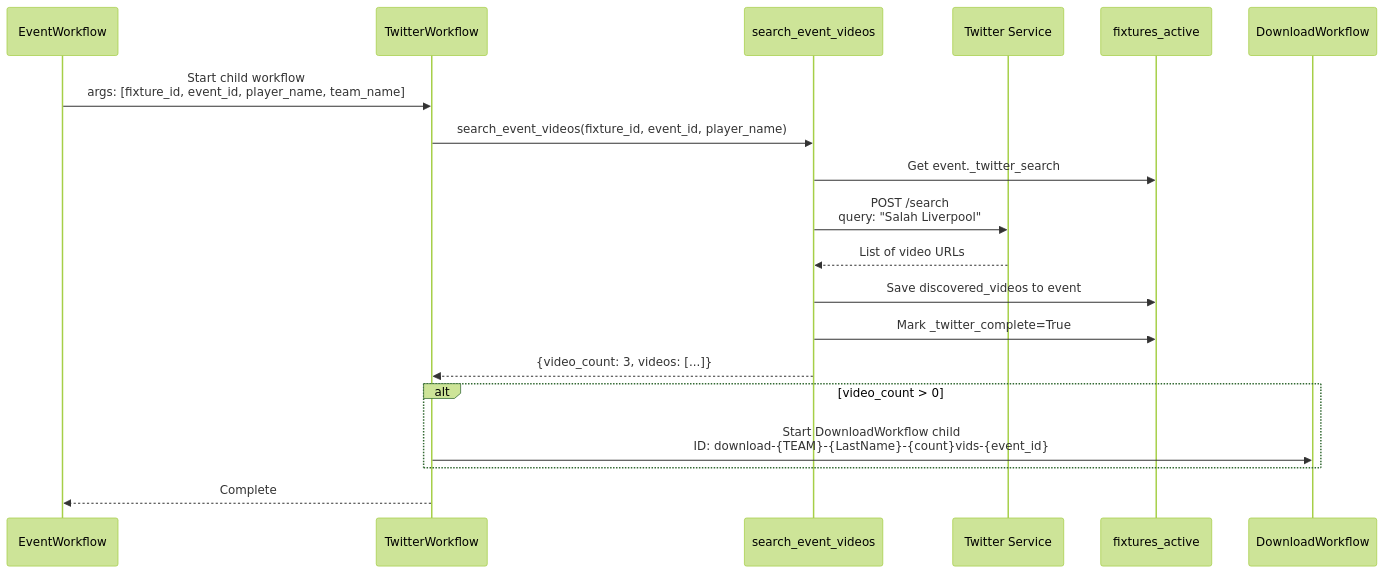
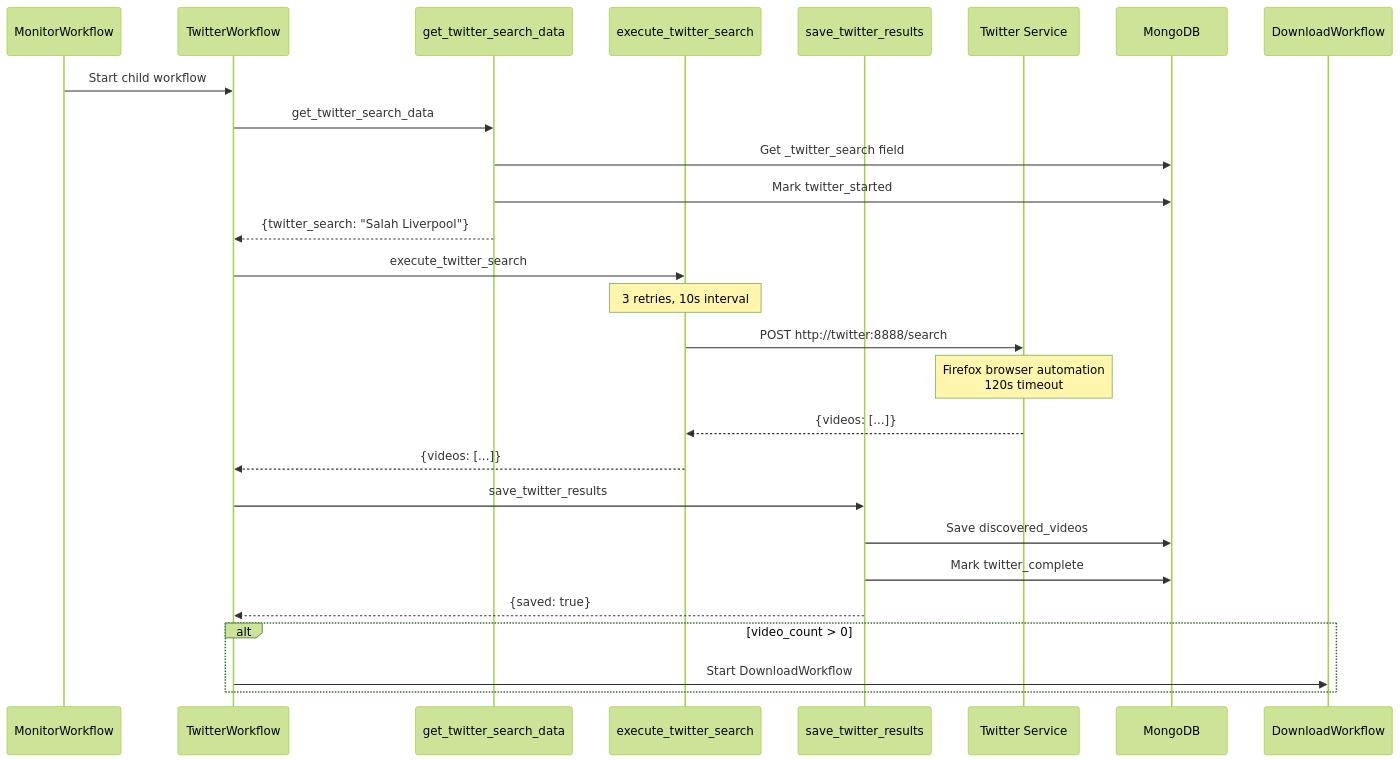
One commit to vedantadhobley/found-footy changed the fifth of 6 diagrams in TEMPORAL_WORKFLOWS.md. Above: the diagram before and after it, drawn with Mermaid (forest theme). The commit also changed other lines of this file and 32 other files, not shown here.

Commit message:
Twitter overhaul and first attempt at complete Temporal migration

````diff
--- a/TEMPORAL_WORKFLOWS.md
+++ b/TEMPORAL_WORKFLOWS.md
@@ -532,26 +230,34 @@
 ```mermaid
 sequenceDiagram
-    participant EW as EventWorkflow
+    participant MW as MonitorWorkflow
     participant TW as TwitterWorkflow
-    participant Act as search_event_videos
+    participant A1 as get_twitter_search_data
+    participant A2 as execute_twitter_search
+    participant A3 as save_twitter_results
     participant TS as Twitter Service
-    participant Active as fixtures_active
+    participant DB as MongoDB
     participant DW as DownloadWorkflow
     
-    EW->>TW: Start child workflow<br/>args: [fixture_id, event_id, player_name, team_name]
+    MW->>TW: Start child workflow
     
-    TW->>Act: search_event_videos(fixture_id, event_id, player_name)
-    Act->>Active: Get event._twitter_search
-    Act->>TS: POST /search<br/>query: "Salah Liverpool"
-    TS-->>Act: List of video URLs
+    TW->>A1: get_twitter_search_data
+    A1->>DB: Get _twitter_search field
+    A1->>DB: Mark twitter_started
+    A1-->>TW: {twitter_search: "Salah Liverpool"}
     
-    Act->>Active: Save discovered_videos to event
-    Act->>Active: Mark _twitter_complete=True
-    Act-->>TW: {video_count: 3, videos: [...]}
+    TW->>A2: execute_twitter_search
+    Note over A2: 3 retries, 10s interval
+    A2->>TS: POST http://twitter:8888/search
+    Note over TS: Firefox browser automation<br/>120s timeout
+    TS-->>A2: {videos: [...]}
+    A2-->>TW: {videos: [...]}
+    
+    TW->>A3: save_twitter_results
+    A3->>DB: Save discovered_videos
+    A3->>DB: Mark twitter_complete
+    A3-->>TW: {saved: true}
     
     alt video_count > 0
-        TW->>DW: Start DownloadWorkflow child<br/>ID: download-{TEAM}-{LastName}-{count}vids-{event_id}
+        TW->>DW: Start DownloadWorkflow
     end
-    
-    TW-->>EW: Complete
 ```
````
